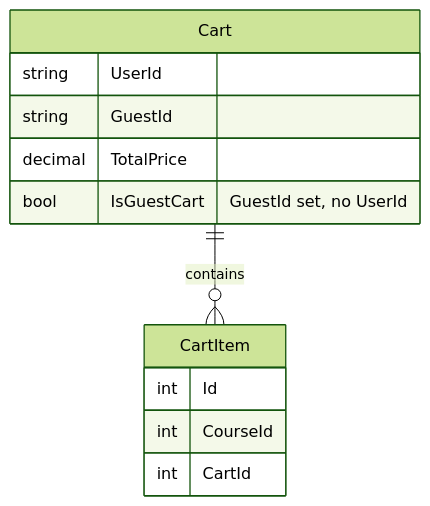
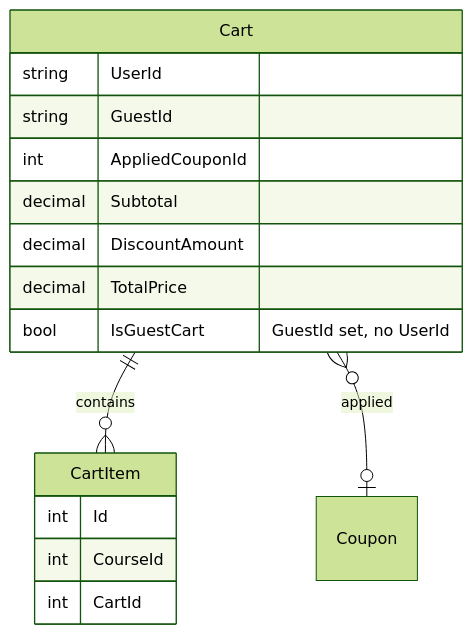
One commit to MohamedGasser15/Education-Lab changed the first of 4 diagrams in Documentation/Modules/API/Learner/CartController.md. Above: the diagram before and after it, drawn with Mermaid (forest theme). The commit also changed 9 other files, not shown here.

````diff
--- a/Documentation/Modules/API/Learner/CartController.md
+++ b/Documentation/Modules/API/Learner/CartController.md
@@ -68,15 +68,19 @@
 ```mermaid
 erDiagram
     Cart ||--o{ CartItem : contains
+    Cart }o--o| Coupon : applied
     Cart {
         string UserId
         string GuestId
+        int AppliedCouponId
+        decimal Subtotal
+        decimal DiscountAmount
         decimal TotalPrice
         bool IsGuestCart "GuestId set, no UserId"
     }
     CartItem {
         int Id
         int CourseId
         int CartId
     }
 ```
````
